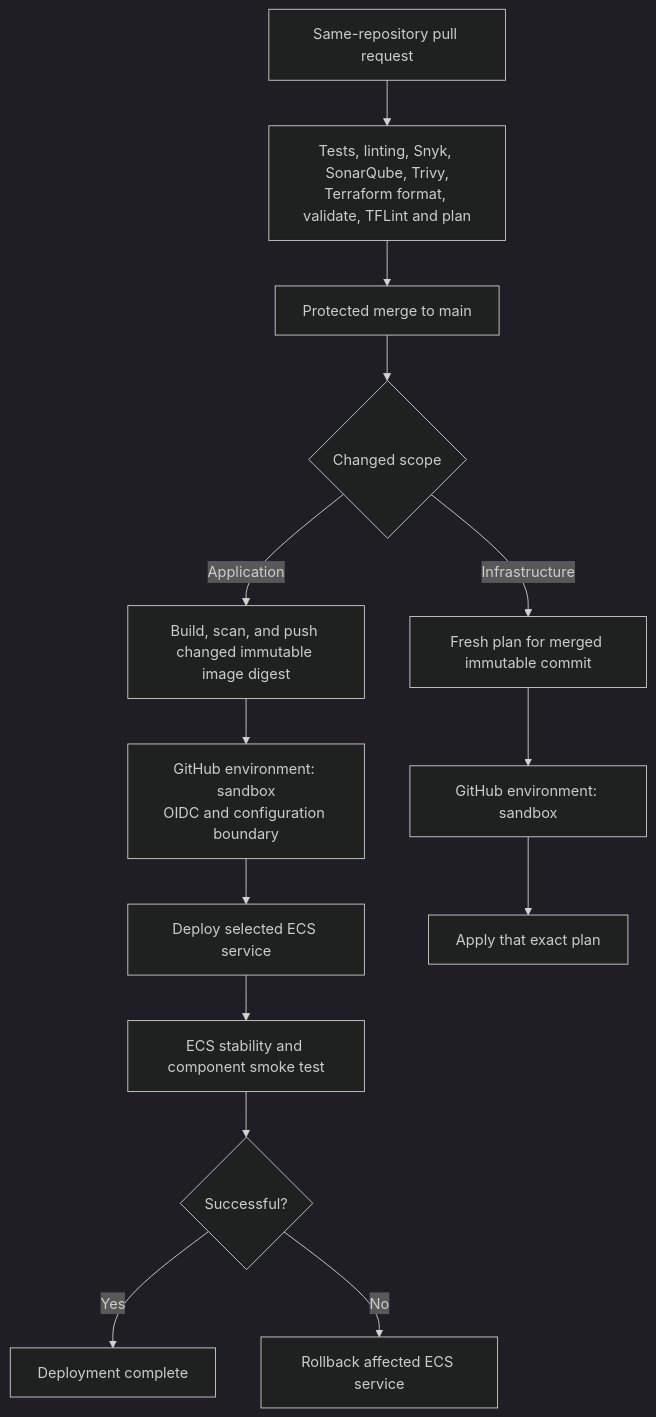
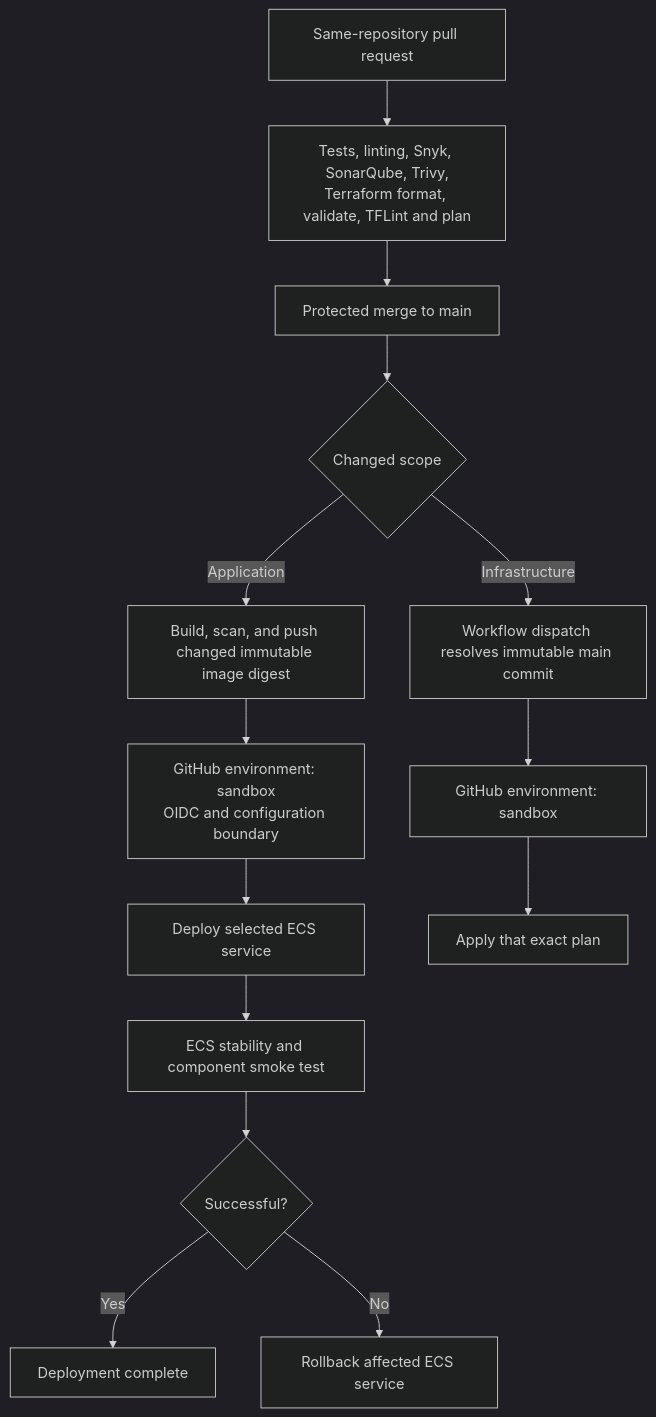
Before and after one commit to afaryy/happy-post: the second of 2 diagrams in docs/architecture.md, drawn with Mermaid (dark theme). The commit also changed other lines of this file and 20 other files, not shown here.

```diff
--- a/docs/architecture.md
+++ b/docs/architecture.md
@@ -67,16 +67,16 @@
 ~~~mermaid
 flowchart TB
     pr[Same-repository pull request] --> checks[Tests, linting, Snyk, SonarQube, Trivy,<br/>Terraform format, validate, TFLint and plan]
     checks --> merge[Protected merge to main]
     merge --> scope{Changed scope}
     scope -->|Application| build[Build, scan, and push changed immutable image digest]
     build --> sandbox[GitHub environment: sandbox<br/>OIDC and configuration boundary]
     sandbox --> deploy[Deploy selected ECS service]
     deploy --> verify[ECS stability and component smoke test]
     verify --> result{Successful?}
     result -->|Yes| complete[Deployment complete]
     result -->|No| rollback[Rollback affected ECS service]
-    scope -->|Infrastructure| fresh_plan[Fresh plan for merged immutable commit]
+    scope -->|Infrastructure| fresh_plan[Workflow dispatch resolves immutable main commit]
     fresh_plan --> tf_sandbox[GitHub environment: sandbox]
     tf_sandbox --> apply[Apply that exact plan]
 ~~~
```
